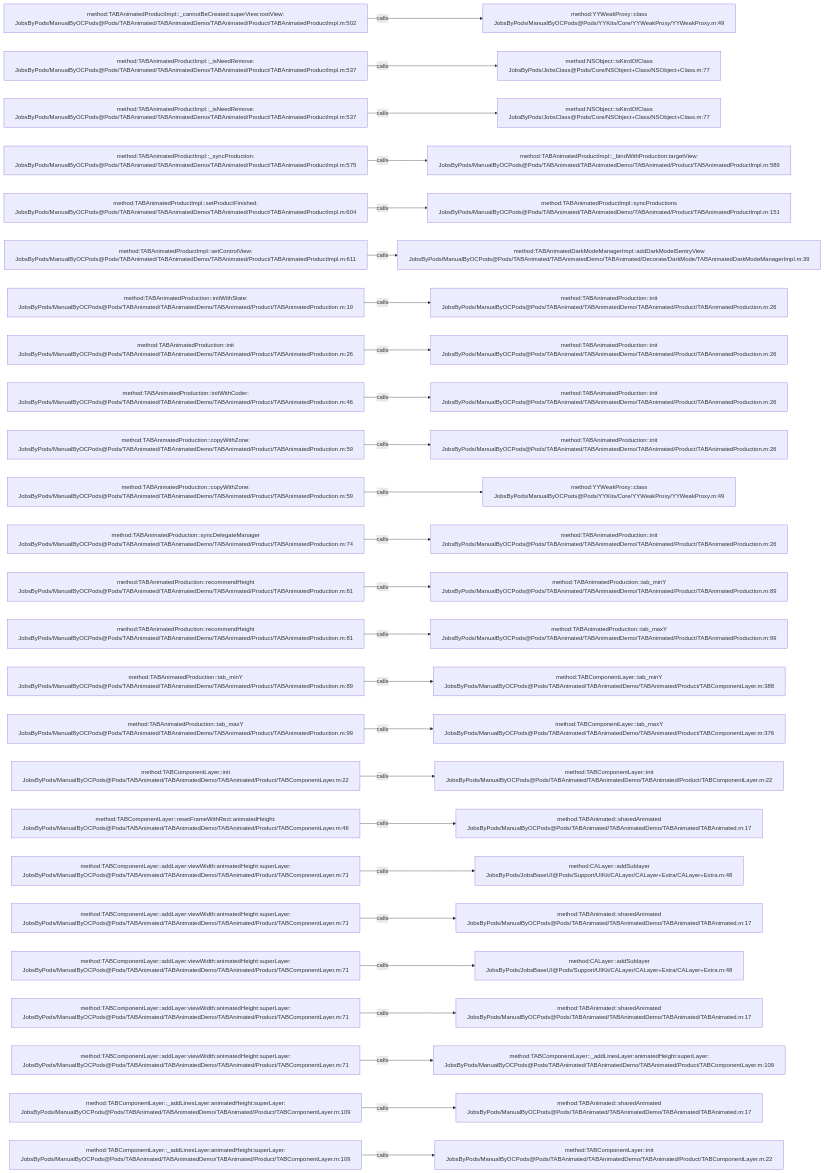
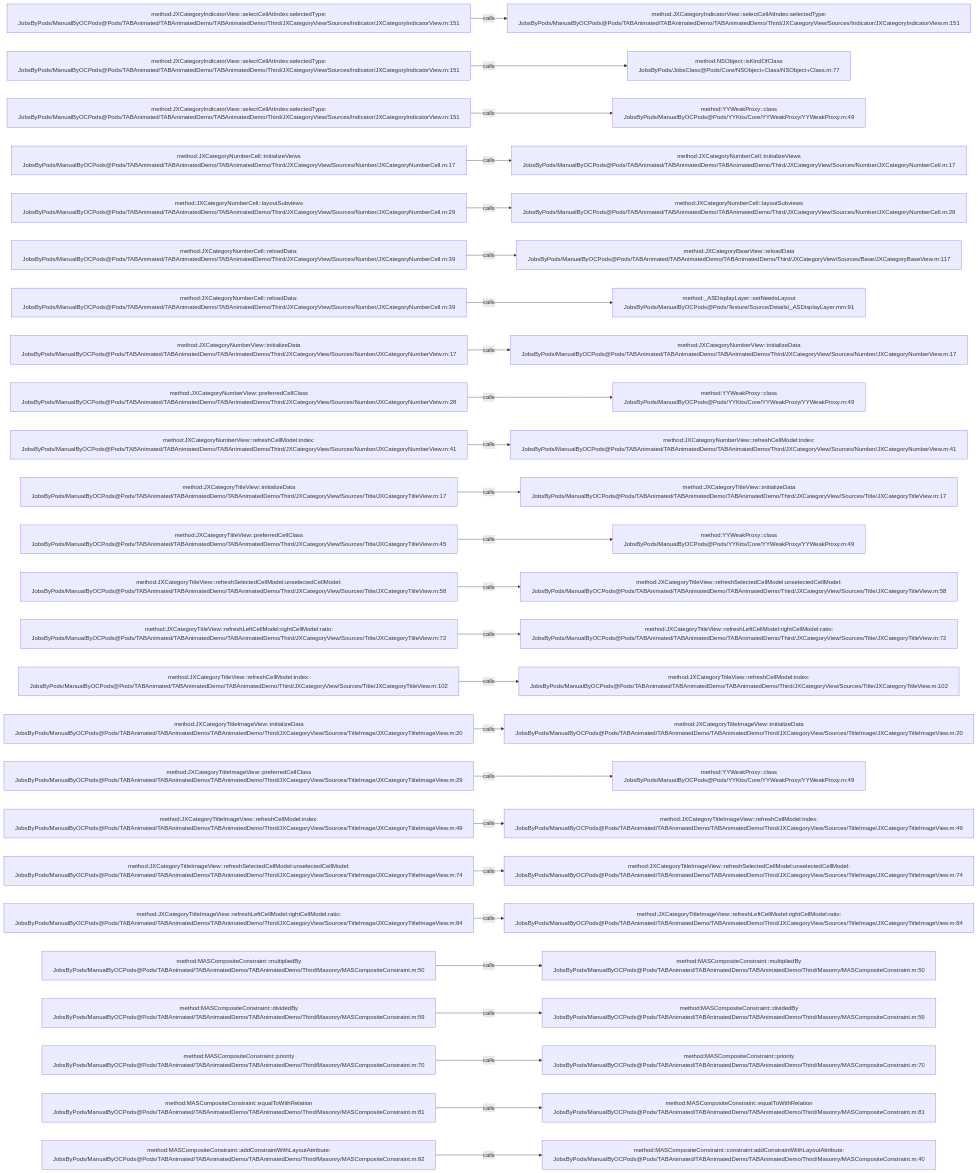
The diagram in .codegraph/codegraph.md/graphs/calls-045.md (JobsKits/JobsOCBaseConfigDemo), drawn with Mermaid before and after one commit. The commit also changed 1223 other files, not shown here.

````diff
--- a/.codegraph/codegraph.md/graphs/calls-045.md
+++ b/.codegraph/codegraph.md/graphs/calls-045.md
@@ -13,78 +13,78 @@
 ```mermaid
 flowchart LR
-  S1["method:TABAnimatedProductImpl::_cannotBeCreated:superView:rootView:<br/>JobsByPods/ManualByOCPods@Pods/TABAnimated/TABAnimatedDemo/TABAnimated/Product/TABAnimatedProductImpl.m:502"]
-  T1["method:YYWeakProxy::class<br/>JobsByPods/ManualByOCPods@Pods/YYKits/Core/YYWeakProxy/YYWeakProxy.m:49"]
+  S1["method:JXCategoryIndicatorView::selectCellAtIndex:selectedType:<br/>JobsByPods/ManualByOCPods@Pods/TABAnimated/TABAnimatedDemo/TABAnimatedDemo/Third/JXCategoryView/Sources/Indicator/JXCategoryIndicatorView.m:151"]
+  T1["method:JXCategoryIndicatorView::selectCellAtIndex:selectedType:<br/>JobsByPods/ManualByOCPods@Pods/TABAnimated/TABAnimatedDemo/TABAnimatedDemo/Third/JXCategoryView/Sources/Indicator/JXCategoryIndicatorView.m:151"]
   S1 -->|calls| T1
-  S2["method:TABAnimatedProductImpl::_isNeedRemove:<br/>JobsByPods/ManualByOCPods@Pods/TABAnimated/TABAnimatedDemo/TABAnimated/Product/TABAnimatedProductImpl.m:537"]
+  S2["method:JXCategoryIndicatorView::selectCellAtIndex:selectedType:<br/>JobsByPods/ManualByOCPods@Pods/TABAnimated/TABAnimatedDemo/TABAnimatedDemo/Third/JXCategoryView/Sources/Indicator/JXCategoryIndicatorView.m:151"]
   T2["method:NSObject::isKindOfClass<br/>JobsByPods/JobsClass@Pods/Core/NSObject+Class/NSObject+Class.m:77"]
   S2 -->|calls| T2
-  S3["method:TABAnimatedProductImpl::_isNeedRemove:<br/>JobsByPods/ManualByOCPods@Pods/TABAnimated/TABAnimatedDemo/TABAnimated/Product/TABAnimatedProductImpl.m:537"]
-  T3["method:NSObject::isKindOfClass<br/>JobsByPods/JobsClass@Pods/Core/NSObject+Class/NSObject+Class.m:77"]
+  S3["method:JXCategoryIndicatorView::selectCellAtIndex:selectedType:<br/>JobsByPods/ManualByOCPods@Pods/TABAnimated/TABAnimatedDemo/TABAnimatedDemo/Third/JXCategoryView/Sources/Indicator/JXCategoryIndicatorView.m:151"]
+  T3["method:YYWeakProxy::class<br/>JobsByPods/ManualByOCPods@Pods/YYKits/Core/YYWeakProxy/YYWeakProxy.m:49"]
   S3 -->|calls| T3
-  S4["method:TABAnimatedProductImpl::_syncProduction:<br/>JobsByPods/ManualByOCPods@Pods/TABAnimated/TABAnimatedDemo/TABAnimated/Product/TABAnimatedProductImpl.m:575"]
-  T4["method:TABAnimatedProductImpl::_bindWithProduction:targetView:<br/>JobsByPods/ManualByOCPods@Pods/TABAnimated/TABAnimatedDemo/TABAnimated/Product/TABAnimatedProductImpl.m:589"]
+  S4["method:JXCategoryNumberCell::initializeViews<br/>JobsByPods/ManualByOCPods@Pods/TABAnimated/TABAnimatedDemo/TABAnimatedDemo/Third/JXCategoryView/Sources/Number/JXCategoryNumberCell.m:17"]
+  T4["method:JXCategoryNumberCell::initializeViews<br/>JobsByPods/ManualByOCPods@Pods/TABAnimated/TABAnimatedDemo/TABAnimatedDemo/Third/JXCategoryView/Sources/Number/JXCategoryNumberCell.m:17"]
   S4 -->|calls| T4
-  S5["method:TABAnimatedProductImpl::setProductFinished:<br/>JobsByPods/ManualByOCPods@Pods/TABAnimated/TABAnimatedDemo/TABAnimated/Product/TABAnimatedProductImpl.m:604"]
-  T5["method:TABAnimatedProductImpl::syncProductions<br/>JobsByPods/ManualByOCPods@Pods/TABAnimated/TABAnimatedDemo/TABAnimated/Product/TABAnimatedProductImpl.m:151"]
+  S5["method:JXCategoryNumberCell::layoutSubviews<br/>JobsByPods/ManualByOCPods@Pods/TABAnimated/TABAnimatedDemo/TABAnimatedDemo/Third/JXCategoryView/Sources/Number/JXCategoryNumberCell.m:29"]
+  T5["method:JXCategoryNumberCell::layoutSubviews<br/>JobsByPods/ManualByOCPods@Pods/TABAnimated/TABAnimatedDemo/TABAnimatedDemo/Third/JXCategoryView/Sources/Number/JXCategoryNumberCell.m:29"]
   S5 -->|calls| T5
-  S6["method:TABAnimatedProductImpl::setControlView:<br/>JobsByPods/ManualByOCPods@Pods/TABAnimated/TABAnimatedDemo/TABAnimated/Product/TABAnimatedProductImpl.m:611"]
-  T6["method:TABAnimatedDarkModeManagerImpl::addDarkModelSentryView<br/>JobsByPods/ManualByOCPods@Pods/TABAnimated/TABAnimatedDemo/TABAnimated/Decorate/DarkMode/TABAnimatedDarkModeManagerImpl.m:39"]
+  S6["method:JXCategoryNumberCell::reloadData:<br/>JobsByPods/ManualByOCPods@Pods/TABAnimated/TABAnimatedDemo/TABAnimatedDemo/Third/JXCategoryView/Sources/Number/JXCategoryNumberCell.m:39"]
+  T6["method:JXCategoryBaseView::reloadData<br/>JobsByPods/ManualByOCPods@Pods/TABAnimated/TABAnimatedDemo/TABAnimatedDemo/Third/JXCategoryView/Sources/Base/JXCategoryBaseView.m:117"]
   S6 -->|calls| T6
-  S7["method:TABAnimatedProduction::initWithState:<br/>JobsByPods/ManualByOCPods@Pods/TABAnimated/TABAnimatedDemo/TABAnimated/Product/TABAnimatedProduction.m:19"]
-  T7["method:TABAnimatedProduction::init<br/>JobsByPods/ManualByOCPods@Pods/TABAnimated/TABAnimatedDemo/TABAnimated/Product/TABAnimatedProduction.m:26"]
+  S7["method:JXCategoryNumberCell::reloadData:<br/>JobsByPods/ManualByOCPods@Pods/TABAnimated/TABAnimatedDemo/TABAnimatedDemo/Third/JXCategoryView/Sources/Number/JXCategoryNumberCell.m:39"]
+  T7["method:_ASDisplayLayer::setNeedsLayout<br/>JobsByPods/ManualByOCPods@Pods/Texture/Source/Details/_ASDisplayLayer.mm:91"]
   S7 -->|calls| T7
-  S8["method:TABAnimatedProduction::init<br/>JobsByPods/ManualByOCPods@Pods/TABAnimated/TABAnimatedDemo/TABAnimated/Product/TABAnimatedProduction.m:26"]
-  T8["method:TABAnimatedProduction::init<br/>JobsByPods/ManualByOCPods@Pods/TABAnimated/TABAnimatedDemo/TABAnimated/Product/TABAnimatedProduction.m:26"]
+  S8["method:JXCategoryNumberView::initializeData<br/>JobsByPods/ManualByOCPods@Pods/TABAnimated/TABAnimatedDemo/TABAnimatedDemo/Third/JXCategoryView/Sources/Number/JXCategoryNumberView.m:17"]
+  T8["method:JXCategoryNumberView::initializeData<br/>JobsByPods/ManualByOCPods@Pods/TABAnimated/TABAnimatedDemo/TABAnimatedDemo/Third/JXCategoryView/Sources/Number/JXCategoryNumberView.m:17"]
   S8 -->|calls| T8
-  S9["method:TABAnimatedProduction::initWithCoder:<br/>JobsByPods/ManualByOCPods@Pods/TABAnimated/TABAnimatedDemo/TABAnimated/Product/TABAnimatedProduction.m:46"]
-  T9["method:TABAnimatedProduction::init<br/>JobsByPods/ManualByOCPods@Pods/TABAnimated/TABAnimatedDemo/TABAnimated/Product/TABAnimatedProduction.m:26"]
+  S9["method:JXCategoryNumberView::preferredCellClass<br/>JobsByPods/ManualByOCPods@Pods/TABAnimated/TABAnimatedDemo/TABAnimatedDemo/Third/JXCategoryView/Sources/Number/JXCategoryNumberView.m:28"]
+  T9["method:YYWeakProxy::class<br/>JobsByPods/ManualByOCPods@Pods/YYKits/Core/YYWeakProxy/YYWeakProxy.m:49"]
   S9 -->|calls| T9
-  S10["method:TABAnimatedProduction::copyWithZone:<br/>JobsByPods/ManualByOCPods@Pods/TABAnimated/TABAnimatedDemo/TABAnimated/Product/TABAnimatedProduction.m:59"]
-  T10["method:TABAnimatedProduction::init<br/>JobsByPods/ManualByOCPods@Pods/TABAnimated/TABAnimatedDemo/TABAnimated/Product/TABAnimatedProduction.m:26"]
+  S10["method:JXCategoryNumberView::refreshCellModel:index:<br/>JobsByPods/ManualByOCPods@Pods/TABAnimated/TABAnimatedDemo/TABAnimatedDemo/Third/JXCategoryView/Sources/Number/JXCategoryNumberView.m:41"]
+  T10["method:JXCategoryNumberView::refreshCellModel:index:<br/>JobsByPods/ManualByOCPods@Pods/TABAnimated/TABAnimatedDemo/TABAnimatedDemo/Third/JXCategoryView/Sources/Number/JXCategoryNumberView.m:41"]
   S10 -->|calls| T10
-  S11["method:TABAnimatedProduction::copyWithZone:<br/>JobsByPods/ManualByOCPods@Pods/TABAnimated/TABAnimatedDemo/TABAnimated/Product/TABAnimatedProduction.m:59"]
-  T11["method:YYWeakProxy::class<br/>JobsByPods/ManualByOCPods@Pods/YYKits/Core/YYWeakProxy/YYWeakProxy.m:49"]
+  S11["method:JXCategoryTitleView::initializeData<br/>JobsByPods/ManualByOCPods@Pods/TABAnimated/TABAnimatedDemo/TABAnimatedDemo/Third/JXCategoryView/Sources/Title/JXCategoryTitleView.m:17"]
+  T11["method:JXCategoryTitleView::initializeData<br/>JobsByPods/ManualByOCPods@Pods/TABAnimated/TABAnimatedDemo/TABAnimatedDemo/Third/JXCategoryView/Sources/Title/JXCategoryTitleView.m:17"]
   S11 -->|calls| T11
-  S12["method:TABAnimatedProduction::syncDelegateManager<br/>JobsByPods/ManualByOCPods@Pods/TABAnimated/TABAnimatedDemo/TABAnimated/Product/TABAnimatedProduction.m:74"]
-  T12["method:TABAnimatedProduction::init<br/>JobsByPods/ManualByOCPods@Pods/TABAnimated/TABAnimatedDemo/TABAnimated/Product/TABAnimatedProduction.m:26"]
+  S12["method:JXCategoryTitleView::preferredCellClass<br/>JobsByPods/ManualByOCPods@Pods/TABAnimated/TABAnimatedDemo/TABAnimatedDemo/Third/JXCategoryView/Sources/Title/JXCategoryTitleView.m:45"]
+  T12["method:YYWeakProxy::class<br/>JobsByPods/ManualByOCPods@Pods/YYKits/Core/YYWeakProxy/YYWeakProxy.m:49"]
   S12 -->|calls| T12
-  S13["method:TABAnimatedProduction::recommendHeight<br/>JobsByPods/ManualByOCPods@Pods/TABAnimated/TABAnimatedDemo/TABAnimated/Product/TABAnimatedProduction.m:81"]
-  T13["method:TABAnimatedProduction::tab_minY<br/>JobsByPods/ManualByOCPods@Pods/TABAnimated/TABAnimatedDemo/TABAnimated/Product/TABAnimatedProduction.m:89"]
+  S13["method:JXCategoryTitleView::refreshSelectedCellModel:unselectedCellModel:<br/>JobsByPods/ManualByOCPods@Pods/TABAnimated/TABAnimatedDemo/TABAnimatedDemo/Third/JXCategoryView/Sources/Title/JXCategoryTitleView.m:58"]
+  T13["method:JXCategoryTitleView::refreshSelectedCellModel:unselectedCellModel:<br/>JobsByPods/ManualByOCPods@Pods/TABAnimated/TABAnimatedDemo/TABAnimatedDemo/Third/JXCategoryView/Sources/Title/JXCategoryTitleView.m:58"]
   S13 -->|calls| T13
-  S14["method:TABAnimatedProduction::recommendHeight<br/>JobsByPods/ManualByOCPods@Pods/TABAnimated/TABAnimatedDemo/TABAnimated/Product/TABAnimatedProduction.m:81"]
-  T14["method:TABAnimatedProduction::tab_maxY<br/>JobsByPods/ManualByOCPods@Pods/TABAnimated/TABAnimatedDemo/TABAnimated/Product/TABAnimatedProduction.m:99"]
+  S14["method:JXCategoryTitleView::refreshLeftCellModel:rightCellModel:ratio:<br/>JobsByPods/ManualByOCPods@Pods/TABAnimated/TABAnimatedDemo/TABAnimatedDemo/Third/JXCategoryView/Sources/Title/JXCategoryTitleView.m:72"]
+  T14["method:JXCategoryTitleView::refreshLeftCellModel:rightCellModel:ratio:<br/>JobsByPods/ManualByOCPods@Pods/TABAnimated/TABAnimatedDemo/TABAnimatedDemo/Third/JXCategoryView/Sources/Title/JXCategoryTitleView.m:72"]
   S14 -->|calls| T14
-  S15["method:TABAnimatedProduction::tab_minY<br/>JobsByPods/ManualByOCPods@Pods/TABAnimated/TABAnimatedDemo/TABAnimated/Product/TABAnimatedProduction.m:89"]
-  T15["method:TABComponentLayer::tab_minY<br/>JobsByPods/ManualByOCPods@Pods/TABAnimated/TABAnimatedDemo/TABAnimated/Product/TABComponentLayer.m:388"]
+  S15["method:JXCategoryTitleView::refreshCellModel:index:<br/>JobsByPods/ManualByOCPods@Pods/TABAnimated/TABAnimatedDemo/TABAnimatedDemo/Third/JXCategoryView/Sources/Title/JXCategoryTitleView.m:102"]
+  T15["method:JXCategoryTitleView::refreshCellModel:index:<br/>JobsByPods/ManualByOCPods@Pods/TABAnimated/TABAnimatedDemo/TABAnimatedDemo/Third/JXCategoryView/Sources/Title/JXCategoryTitleView.m:102"]
   S15 -->|calls| T15
-  S16["method:TABAnimatedProduction::tab_maxY<br/>JobsByPods/ManualByOCPods@Pods/TABAnimated/TABAnimatedDemo/TABAnimated/Product/TABAnimatedProduction.m:99"]
-  T16["method:TABComponentLayer::tab_maxY<br/>JobsByPods/ManualByOCPods@Pods/TABAnimated/TABAnimatedDemo/TABAnimated/Product/TABComponentLayer.m:376"]
+  S16["method:JXCategoryTitleImageView::initializeData<br/>JobsByPods/ManualByOCPods@Pods/TABAnimated/TABAnimatedDemo/TABAnimatedDemo/Third/JXCategoryView/Sources/TitleImage/JXCategoryTitleImageView.m:20"]
+  T16["method:JXCategoryTitleImageView::initializeData<br/>JobsByPods/ManualByOCPods@Pods/TABAnimated/TABAnimatedDemo/TABAnimatedDemo/Third/JXCategoryView/Sources/TitleImage/JXCategoryTitleImageView.m:20"]
   S16 -->|calls| T16
-  S17["method:TABComponentLayer::init<br/>JobsByPods/ManualByOCPods@Pods/TABAnimated/TABAnimatedDemo/TABAnimated/Product/TABComponentLayer.m:22"]
-  T17["method:TABComponentLayer::init<br/>JobsByPods/ManualByOCPods@Pods/TABAnimated/TABAnimatedDemo/TABAnimated/Product/TABComponentLayer.m:22"]
+  S17["method:JXCategoryTitleImageView::preferredCellClass<br/>JobsByPods/ManualByOCPods@Pods/TABAnimated/TABAnimatedDemo/TABAnimatedDemo/Third/JXCategoryView/Sources/TitleImage/JXCategoryTitleImageView.m:29"]
+  T17["method:YYWeakProxy::class<br/>JobsByPods/ManualByOCPods@Pods/YYKits/Core/YYWeakProxy/YYWeakProxy.m:49"]
   S17 -->|calls| T17
-  S18["method:TABComponentLayer::resetFrameWithRect:animatedHeight:<br/>JobsByPods/ManualByOCPods@Pods/TABAnimated/TABAnimatedDemo/TABAnimated/Product/TABComponentLayer.m:46"]
-  T18["method:TABAnimated::sharedAnimated<br/>JobsByPods/ManualByOCPods@Pods/TABAnimated/TABAnimatedDemo/TABAnimated/TABAnimated.m:17"]
+  S18["method:JXCategoryTitleImageView::refreshCellModel:index:<br/>JobsByPods/ManualByOCPods@Pods/TABAnimated/TABAnimatedDemo/TABAnimatedDemo/Third/JXCategoryView/Sources/TitleImage/JXCategoryTitleImageView.m:49"]
+  T18["method:JXCategoryTitleImageView::refreshCellModel:index:<br/>JobsByPods/ManualByOCPods@Pods/TABAnimated/TABAnimatedDemo/TABAnimatedDemo/Third/JXCategoryView/Sources/TitleImage/JXCategoryTitleImageView.m:49"]
   S18 -->|calls| T18
-  S19["method:TABComponentLayer::addLayer:viewWidth:animatedHeight:superLayer:<br/>JobsByPods/ManualByOCPods@Pods/TABAnimated/TABAnimatedDemo/TABAnimated/Product/TABComponentLayer.m:71"]
-  T19["method:CALayer::addSublayer<br/>JobsByPods/JobsBaseUI@Pods/Support/UIKit/CALayer/CALayer+Extra/CALayer+Extra.m:48"]
+  S19["method:JXCategoryTitleImageView::refreshSelectedCellModel:unselectedCellModel:<br/>JobsByPods/ManualByOCPods@Pods/TABAnimated/TABAnimatedDemo/TABAnimatedDemo/Third/JXCategoryView/Sources/TitleImage/JXCategoryTitleImageView.m:74"]
+  T19["method:JXCategoryTitleImageView::refreshSelectedCellModel:unselectedCellModel:<br/>JobsByPods/ManualByOCPods@Pods/TABAnimated/TABAnimatedDemo/TABAnimatedDemo/Third/JXCategoryView/Sources/TitleImage/JXCategoryTitleImageView.m:74"]
   S19 -->|calls| T19
-  S20["method:TABComponentLayer::addLayer:viewWidth:animatedHeight:superLayer:<br/>JobsByPods/ManualByOCPods@Pods/TABAnimated/TABAnimatedDemo/TABAnimated/Product/TABComponentLayer.m:71"]
-  T20["method:TABAnimated::sharedAnimated<br/>JobsByPods/ManualByOCPods@Pods/TABAnimated/TABAnimatedDemo/TABAnimated/TABAnimated.m:17"]
+  S20["method:JXCategoryTitleImageView::refreshLeftCellModel:rightCellModel:ratio:<br/>JobsByPods/ManualByOCPods@Pods/TABAnimated/TABAnimatedDemo/TABAnimatedDemo/Third/JXCategoryView/Sources/TitleImage/JXCategoryTitleImageView.m:84"]
+  T20["method:JXCategoryTitleImageView::refreshLeftCellModel:rightCellModel:ratio:<br/>JobsByPods/ManualByOCPods@Pods/TABAnimated/TABAnimatedDemo/TABAnimatedDemo/Third/JXCategoryView/Sources/TitleImage/JXCategoryTitleImageView.m:84"]
   S20 -->|calls| T20
-  S21["method:TABComponentLayer::addLayer:viewWidth:animatedHeight:superLayer:<br/>JobsByPods/ManualByOCPods@Pods/TABAnimated/TABAnimatedDemo/TABAnimated/Product/TABComponentLayer.m:71"]
-  T21["method:CALayer::addSublayer<br/>JobsByPods/JobsBaseUI@Pods/Support/UIKit/CALayer/CALayer+Extra/CALayer+Extra.m:48"]
+  S21["method:MASCompositeConstraint::multipliedBy<br/>JobsByPods/ManualByOCPods@Pods/TABAnimated/TABAnimatedDemo/TABAnimatedDemo/Third/Masonry/MASCompositeConstraint.m:50"]
+  T21["method:MASCompositeConstraint::multipliedBy<br/>JobsByPods/ManualByOCPods@Pods/TABAnimated/TABAnimatedDemo/TABAnimatedDemo/Third/Masonry/MASCompositeConstraint.m:50"]
   S21 -->|calls| T21
-  S22["method:TABComponentLayer::addLayer:viewWidth:animatedHeight:superLayer:<br/>JobsByPods/ManualByOCPods@Pods/TABAnimated/TABAnimatedDemo/TABAnimated/Product/TABComponentLayer.m:71"]
-  T22["method:TABAnimated::sharedAnimated<br/>JobsByPods/ManualByOCPods@Pods/TABAnimated/TABAnimatedDemo/TABAnimated/TABAnimated.m:17"]
+  S22["method:MASCompositeConstraint::dividedBy<br/>JobsByPods/ManualByOCPods@Pods/TABAnimated/TABAnimatedDemo/TABAnimatedDemo/Third/Masonry/MASCompositeConstraint.m:59"]
+  T22["method:MASCompositeConstraint::dividedBy<br/>JobsByPods/ManualByOCPods@Pods/TABAnimated/TABAnimatedDemo/TABAnimatedDemo/Third/Masonry/MASCompositeConstraint.m:59"]
   S22 -->|calls| T22
-  S23["method:TABComponentLayer::addLayer:viewWidth:animatedHeight:superLayer:<br/>JobsByPods/ManualByOCPods@Pods/TABAnimated/TABAnimatedDemo/TABAnimated/Product/TABComponentLayer.m:71"]
-  T23["method:TABComponentLayer::_addLinesLayer:animatedHeight:superLayer:<br/>JobsByPods/ManualByOCPods@Pods/TABAnimated/TABAnimatedDemo/TABAnimated/Product/TABComponentLayer.m:109"]
+  S23["method:MASCompositeConstraint::priority<br/>JobsByPods/ManualByOCPods@Pods/TABAnimated/TABAnimatedDemo/TABAnimatedDemo/Third/Masonry/MASCompositeConstraint.m:70"]
+  T23["method:MASCompositeConstraint::priority<br/>JobsByPods/ManualByOCPods@Pods/TABAnimated/TABAnimatedDemo/TABAnimatedDemo/Third/Masonry/MASCompositeConstraint.m:70"]
   S23 -->|calls| T23
-  S24["method:TABComponentLayer::_addLinesLayer:animatedHeight:superLayer:<br/>JobsByPods/ManualByOCPods@Pods/TABAnimated/TABAnimatedDemo/TABAnimated/Product/TABComponentLayer.m:109"]
-  T24["method:TABAnimated::sharedAnimated<br/>JobsByPods/ManualByOCPods@Pods/TABAnimated/TABAnimatedDemo/TABAnimated/TABAnimated.m:17"]
+  S24["method:MASCompositeConstraint::equalToWithRelation<br/>JobsByPods/ManualByOCPods@Pods/TABAnimated/TABAnimatedDemo/TABAnimatedDemo/Third/Masonry/MASCompositeConstraint.m:81"]
+  T24["method:MASCompositeConstraint::equalToWithRelation<br/>JobsByPods/ManualByOCPods@Pods/TABAnimated/TABAnimatedDemo/TABAnimatedDemo/Third/Masonry/MASCompositeConstraint.m:81"]
   S24 -->|calls| T24
-  S25["method:TABComponentLayer::_addLinesLayer:animatedHeight:superLayer:<br/>JobsByPods/ManualByOCPods@Pods/TABAnimated/TABAnimatedDemo/TABAnimated/Product/TABComponentLayer.m:109"]
-  T25["method:TABComponentLayer::init<br/>JobsByPods/ManualByOCPods@Pods/TABAnimated/TABAnimatedDemo/TABAnimated/Product/TABComponentLayer.m:22"]
+  S25["method:MASCompositeConstraint::addConstraintWithLayoutAttribute:<br/>JobsByPods/ManualByOCPods@Pods/TABAnimated/TABAnimatedDemo/TABAnimatedDemo/Third/Masonry/MASCompositeConstraint.m:92"]
+  T25["method:MASCompositeConstraint::constraint:addConstraintWithLayoutAttribute:<br/>JobsByPods/ManualByOCPods@Pods/TABAnimated/TABAnimatedDemo/TABAnimatedDemo/Third/Masonry/MASCompositeConstraint.m:40"]
   S25 -->|calls| T25
 ```
````
